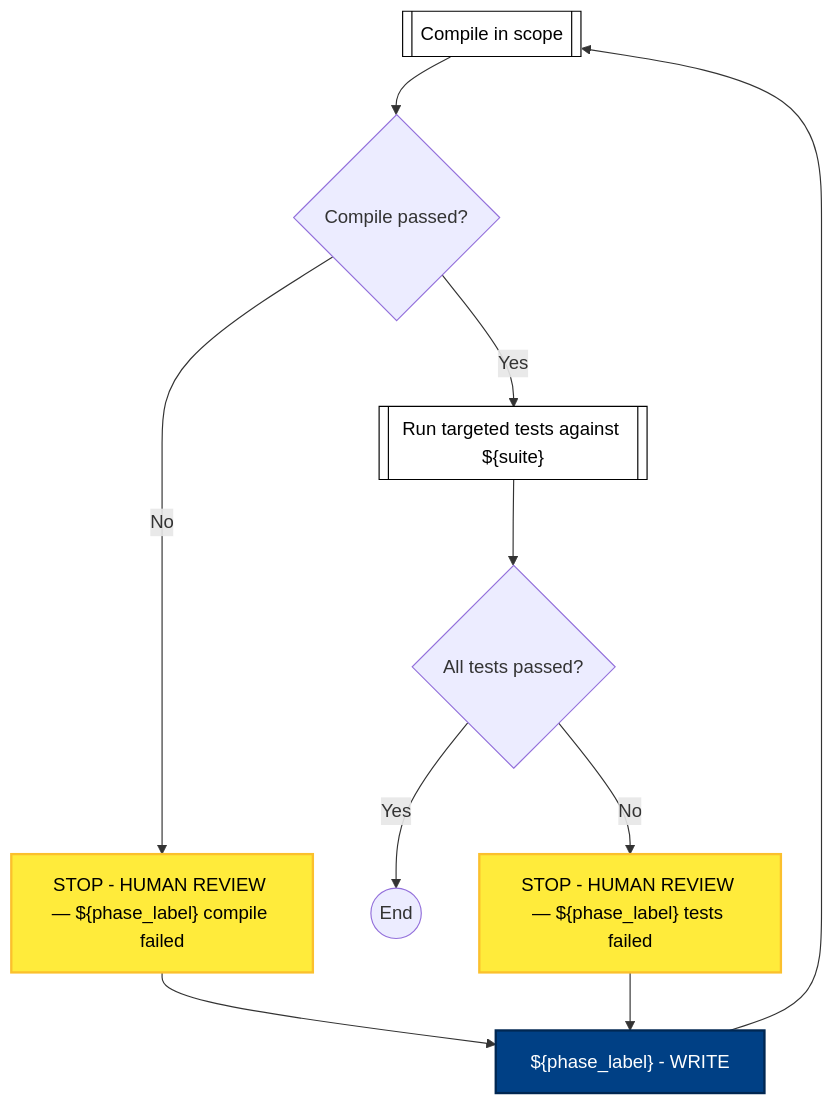
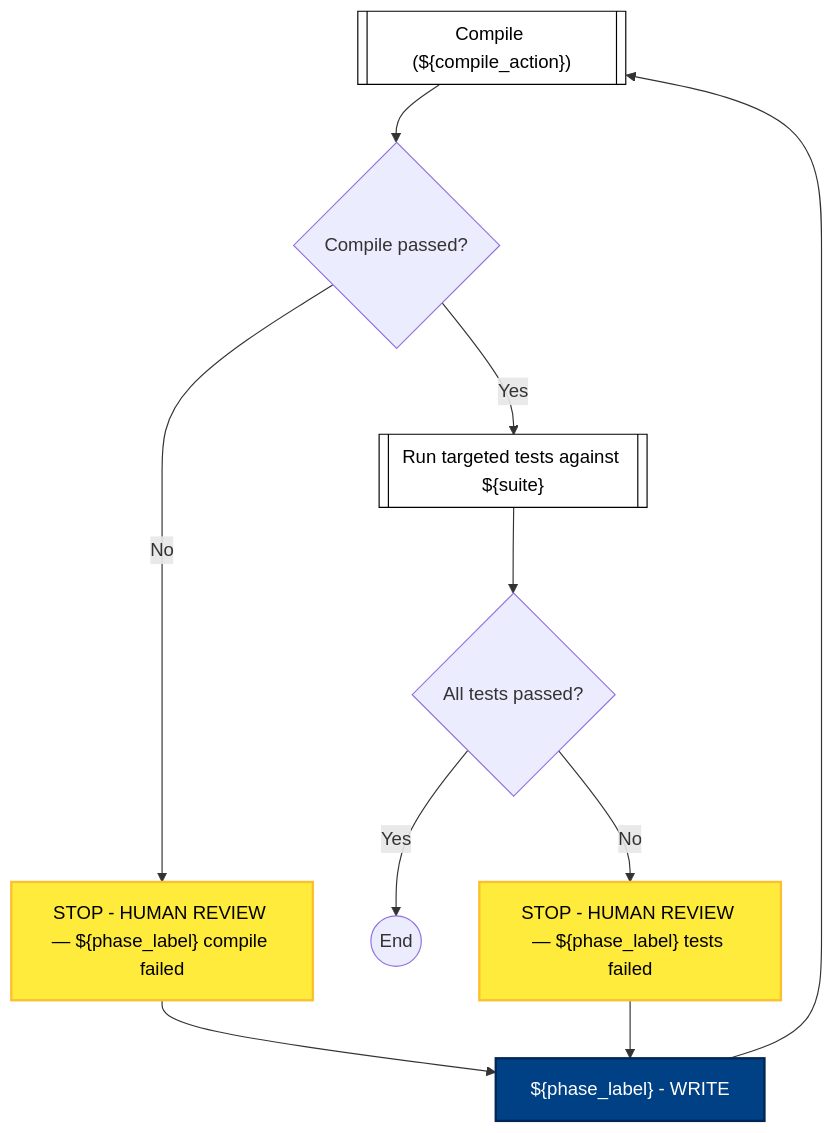
Before and after one commit to optivem/gh-optivem: diagram 14 of 16 in docs/process-diagram.md, drawn with Mermaid. The commit also changed other lines of this file and 17 other files, not shown here.

````diff
--- a/docs/process-diagram.md
+++ b/docs/process-diagram.md
@@ -360,30 +360,30 @@
 ```mermaid
 flowchart TD
-    COMPILE[[Compile in scope]]
+    COMPILE[["Compile (${compile_action})"]]
     GATE_COMPILE_OK{Compile passed?}
     GATE_TESTS_PASS{All tests passed?}
     GREEN_END((End))
     RUN[["Run targeted tests against ${suite}"]]
     STOP_GREEN_COMPILE_FAIL["STOP - HUMAN REVIEW — ${phase_label} compile failed"]
     STOP_GREEN_TEST_FAIL["STOP - HUMAN REVIEW — ${phase_label} tests failed"]
     WRITE["${phase_label} - WRITE"]
 
     WRITE --> COMPILE
     COMPILE --> GATE_COMPILE_OK
     GATE_COMPILE_OK -- No --> STOP_GREEN_COMPILE_FAIL
     GATE_COMPILE_OK -- Yes --> RUN
     STOP_GREEN_COMPILE_FAIL --> WRITE
     RUN --> GATE_TESTS_PASS
     GATE_TESTS_PASS -- Yes --> GREEN_END
     GATE_TESTS_PASS -- No --> STOP_GREEN_TEST_FAIL
     STOP_GREEN_TEST_FAIL --> WRITE
 
     classDef serviceNode fill:#ffffff,stroke:#000000,stroke-width:1px,color:#000000
     class COMPILE,RUN serviceNode
 
     classDef agentNode fill:#004085,stroke:#002752,stroke-width:2px,color:#ffffff
     class WRITE agentNode
 
     classDef humanNode fill:#ffeb3b,stroke:#fbc02d,stroke-width:2px,color:#000000
     class STOP_GREEN_COMPILE_FAIL,STOP_GREEN_TEST_FAIL humanNode
 ```
````
